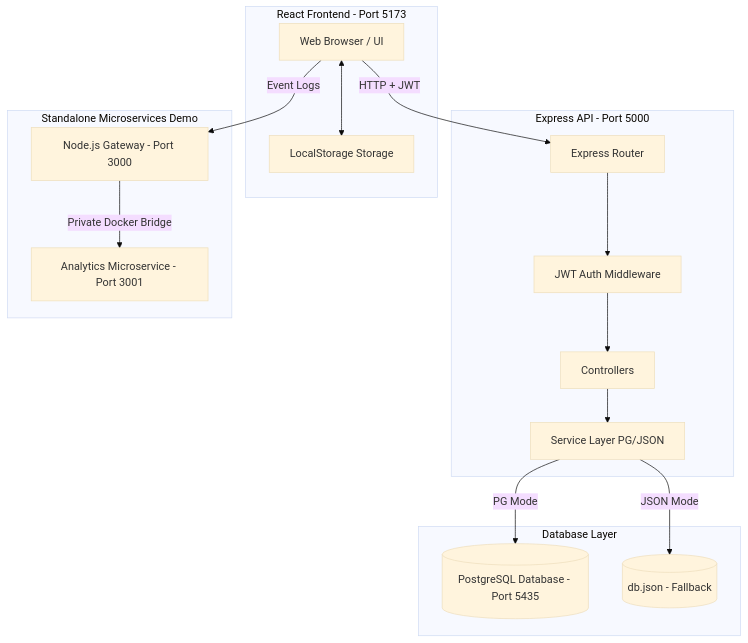
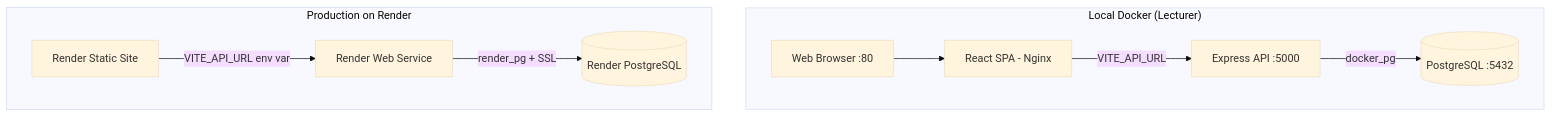
The first of 2 diagrams in README.md (shathashams/ExamApp), drawn with Mermaid (base theme) before and after one commit. The commit also changed other lines of this file and 9 other files, not shown here.

First line of the commit message:
feat: full Docker stack + Render deployment setup

````diff
--- a/README.md
+++ b/README.md
@@ -9,35 +9,20 @@
 ```mermaid
 graph TD
-    subgraph Client Application [React Frontend - Port 5173]
-        Browser[Web Browser / UI]
-        LocalStorage[LocalStorage Storage]
+    subgraph "Local Docker (Lecturer)"
+        Browser[Web Browser :80]
+        ClientNginx[React SPA - Nginx]
+        ServerNode[Express API :5000]
+        DBDocker[(PostgreSQL :5432)]
+        Browser --> ClientNginx
+        ClientNginx -->|VITE_API_URL| ServerNode
+        ServerNode -->|docker_pg| DBDocker
     end
 
-    subgraph Backend Server [Express API - Port 5000]
-        API[Express Router]
-        Middleware[JWT Auth Middleware]
-        Controllers[Controllers]
-        Services[Service Layer PG/JSON]
+    subgraph "Production on Render"
+        FE[Render Static Site]
+        BE[Render Web Service]
+        DBPG[(Render PostgreSQL)]
+        FE -->|VITE_API_URL env var| BE
+        BE -->|render_pg + SSL| DBPG
     end
-
-    subgraph Database Layer
-        PostgreSQL[(PostgreSQL Database - Port 5435)]
-        JSONDB[(db.json - Fallback)]
-    end
-
-    subgraph Standalone Microservices Demo
-        Gateway[Node.js Gateway - Port 3000]
-        Analytics[Analytics Microservice - Port 3001]
-    end
-
-    Browser -->|HTTP + JWT| API
-    Browser <--> LocalStorage
-    API --> Middleware
-    Middleware --> Controllers
-    Controllers --> Services
-    Services -->|PG Mode| PostgreSQL
-    Services -->|JSON Mode| JSONDB
-
-    Browser -->|Event Logs| Gateway
-    Gateway -->|Private Docker Bridge| Analytics
 ```
````
